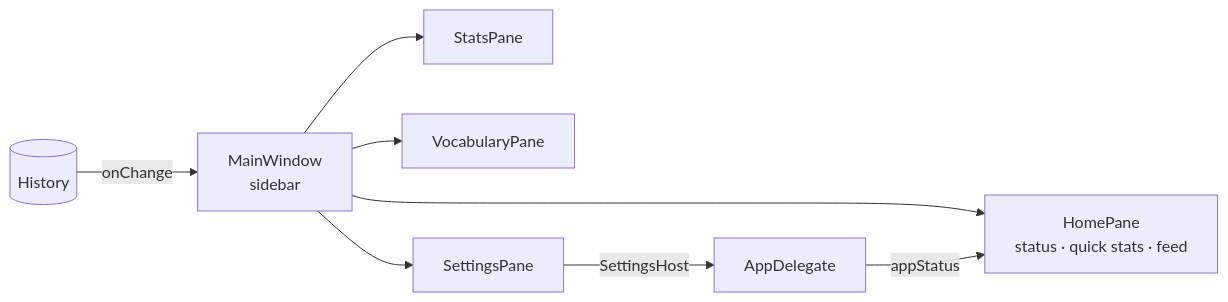
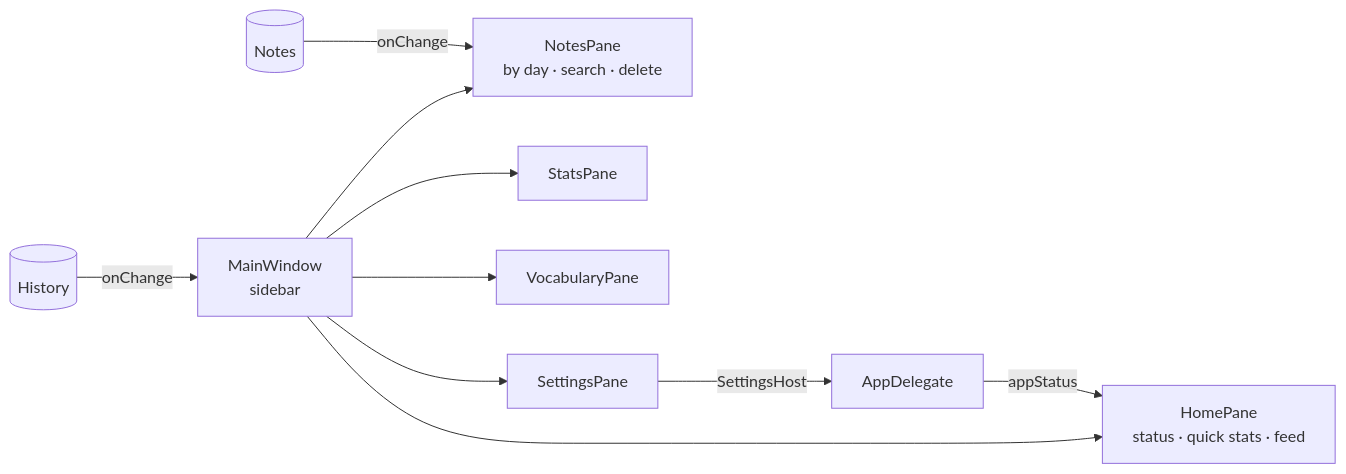
One commit to Malashkin/JustTellMe changed the second of 3 diagrams in docs/architecture/overview.md. Above: the diagram before and after it, drawn with Mermaid. The commit also changed other lines of this file and 9 other files, not shown here.

Commit message:
docs: describe voice notes across README, architecture, ADR 009 and tests

````diff
--- a/docs/architecture/overview.md
+++ b/docs/architecture/overview.md
@@ -80,10 +86,12 @@
 ```mermaid
 flowchart LR
     MW[MainWindow<br/>sidebar] --> H[HomePane<br/>status · quick stats · feed]
+    MW --> N[NotesPane<br/>by day · search · delete]
     MW --> ST[StatsPane]
     MW --> V[VocabularyPane]
     MW --> SE[SettingsPane]
     SE -- SettingsHost --> AD[AppDelegate]
     HI[(History)] -- onChange --> MW
+    NO[(Notes)] -- onChange --> N
     AD -- appStatus --> H
 ```
````
